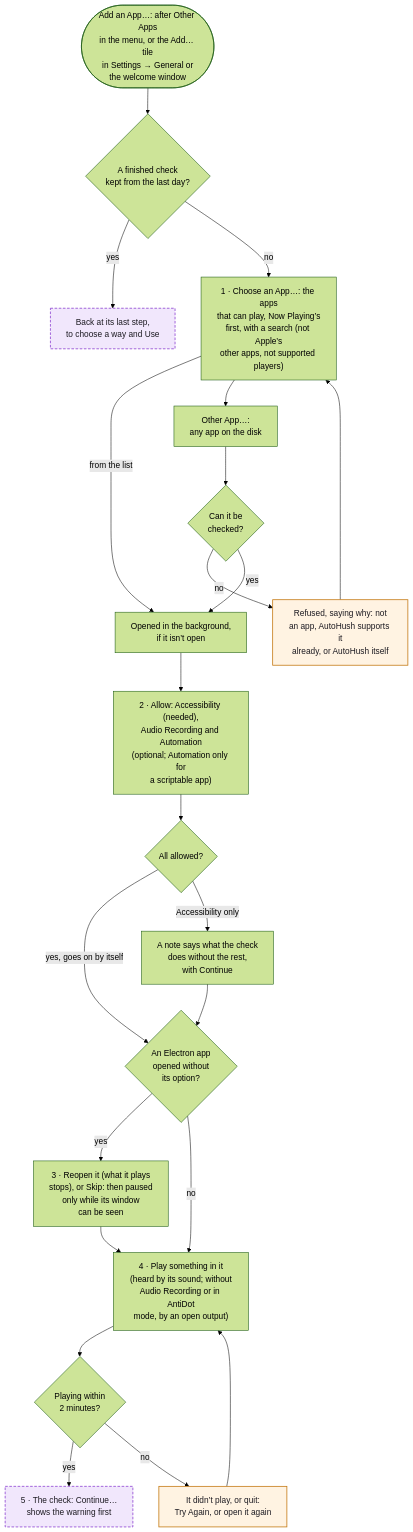
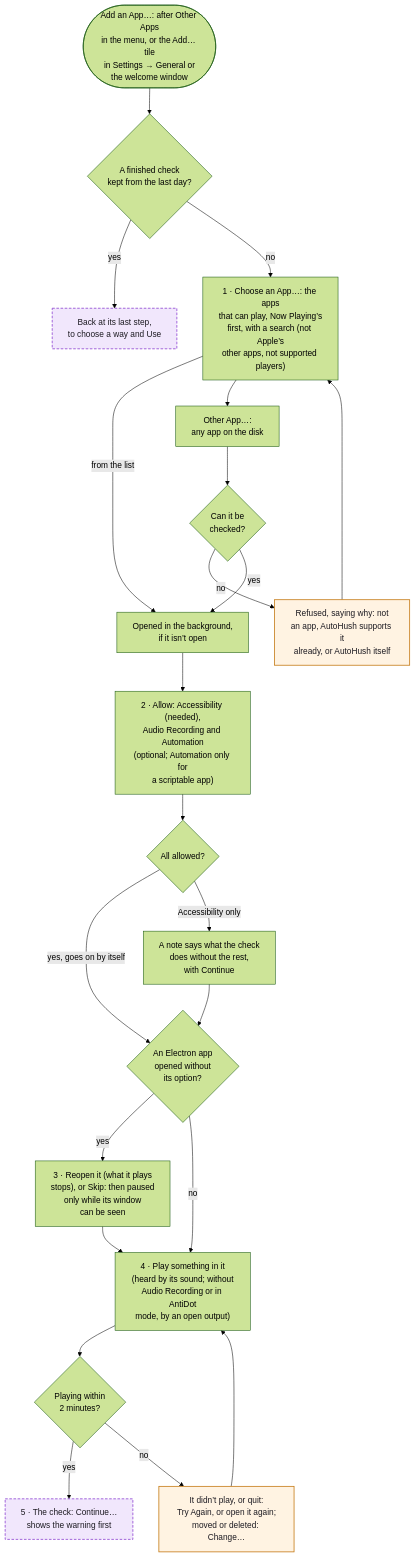
Before and after one commit to hfustercabre/AutoHush: the ninth of 14 diagrams in WORKFLOWS.md, drawn with Mermaid (forest theme). The commit also changed other lines of this file and 46 other files, not shown here.

````diff
--- a/WORKFLOWS.md
+++ b/WORKFLOWS.md
@@ -451,41 +451,41 @@
 ```mermaid
 flowchart TD
   ST(["Add an App…: after Other Apps<br/>in the menu, or the Add… tile<br/>in Settings → General or<br/>the welcome window"])
   KEPT{"A finished check<br/>kept from the last day?"}
   RES["Back at its last step,<br/>to choose a way and Use"]
   CHO["1 · Choose an App…: the apps<br/>that can play, Now Playing’s<br/>first, with a search (not Apple’s<br/>other apps, not supported players)"]
   OTH["Other App…:<br/>any app on the disk"]
   OK{"Can it be<br/>checked?"}
   NO["Refused, saying why: not<br/>an app, AutoHush supports it<br/>already, or AutoHush itself"]
   OPEN["Opened in the background,<br/>if it isn’t open"]
   ALW["2 · Allow: Accessibility (needed),<br/>Audio Recording and Automation<br/>(optional; Automation only for<br/>a scriptable app)"]
   ALL{"All allowed?"}
   WARN["A note says what the check<br/>does without the rest,<br/>with Continue"]
   NEED{"An Electron app<br/>opened without<br/>its option?"}
   REO["3 · Reopen it (what it plays<br/>stops), or Skip: then paused<br/>only while its window<br/>can be seen"]
   PLAY["4 · Play something in it<br/>(heard by its sound; without<br/>Audio Recording or in AntiDot<br/>mode, by an open output)"]
   PL{"Playing within<br/>2 minutes?"}
-  NOPL["It didn’t play, or quit:<br/>Try Again, or open it again"]
+  NOPL["It didn’t play, or quit:<br/>Try Again, or open it again;<br/>moved or deleted: Change…"]
   CHK["5 · The check: Continue…<br/>shows the warning first"]
 
   ST --> KEPT
   KEPT -->|"yes"| RES
   KEPT -->|"no"| CHO
   CHO -->|"from the list"| OPEN
   CHO --> OTH --> OK
   OK -->|"no"| NO --> CHO
   OK -->|"yes"| OPEN
   OPEN --> ALW --> ALL
   ALL -->|"yes, goes on by itself"| NEED
   ALL -->|"Accessibility only"| WARN --> NEED
   NEED -->|"yes"| REO --> PLAY
   NEED -->|"no"| PLAY
   PLAY --> PL
   PL -->|"yes"| CHK
   PL -->|"no"| NOPL --> PLAY
 
   class CHK,RES ref
   class NO,NOPL warn
   classDef ref fill:#f1e7fc,stroke:#8a3fd1,stroke-width:1.5px,stroke-dasharray: 5 3,color:#1d1b22
   classDef warn fill:#fff3e2,stroke:#c47812,stroke-width:1.5px,color:#1d1b22
 ```
````
